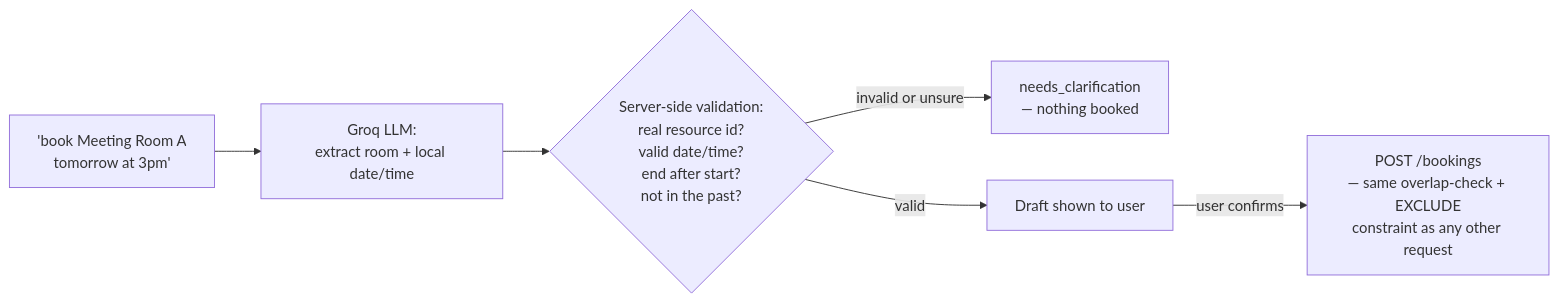
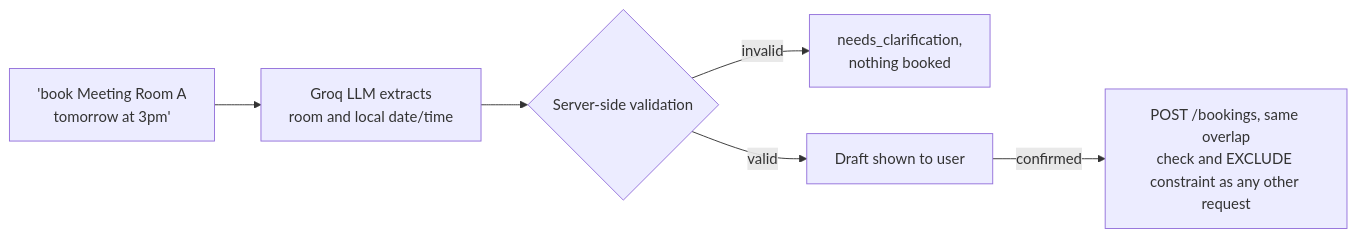
Before and after one commit to ApparentlyTejas/RoomLock: the third of 4 diagrams in README.md, drawn with Mermaid. The commit also changed other lines of this file, not shown here.

````diff
--- a/README.md
+++ b/README.md
@@ -536,8 +264,8 @@
 ```mermaid
 flowchart LR
-    A["'book Meeting Room A<br/>tomorrow at 3pm'"] --> B[Groq LLM:<br/>extract room + local date/time]
-    B --> C{Server-side validation:<br/>real resource id?<br/>valid date/time?<br/>end after start?<br/>not in the past?}
-    C -- invalid or unsure --> D[needs_clarification<br/>— nothing booked]
+    A["'book Meeting Room A<br/>tomorrow at 3pm'"] --> B[Groq LLM extracts<br/>room and local date/time]
+    B --> C{Server-side validation}
+    C -- invalid --> D[needs_clarification,<br/>nothing booked]
     C -- valid --> E[Draft shown to user]
-    E -- user confirms --> F["POST /bookings<br/>— same overlap-check + EXCLUDE<br/>constraint as any other request"]
+    E -- confirmed --> F[POST /bookings, same overlap<br/>check and EXCLUDE constraint as any other request]
 ```
````
